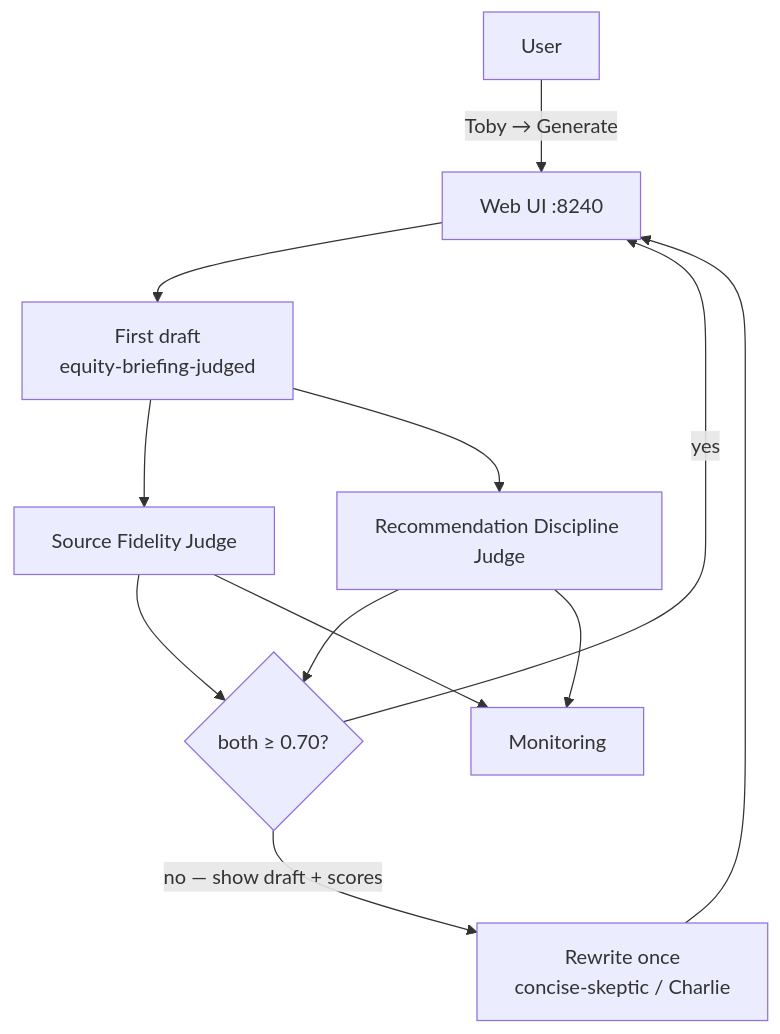
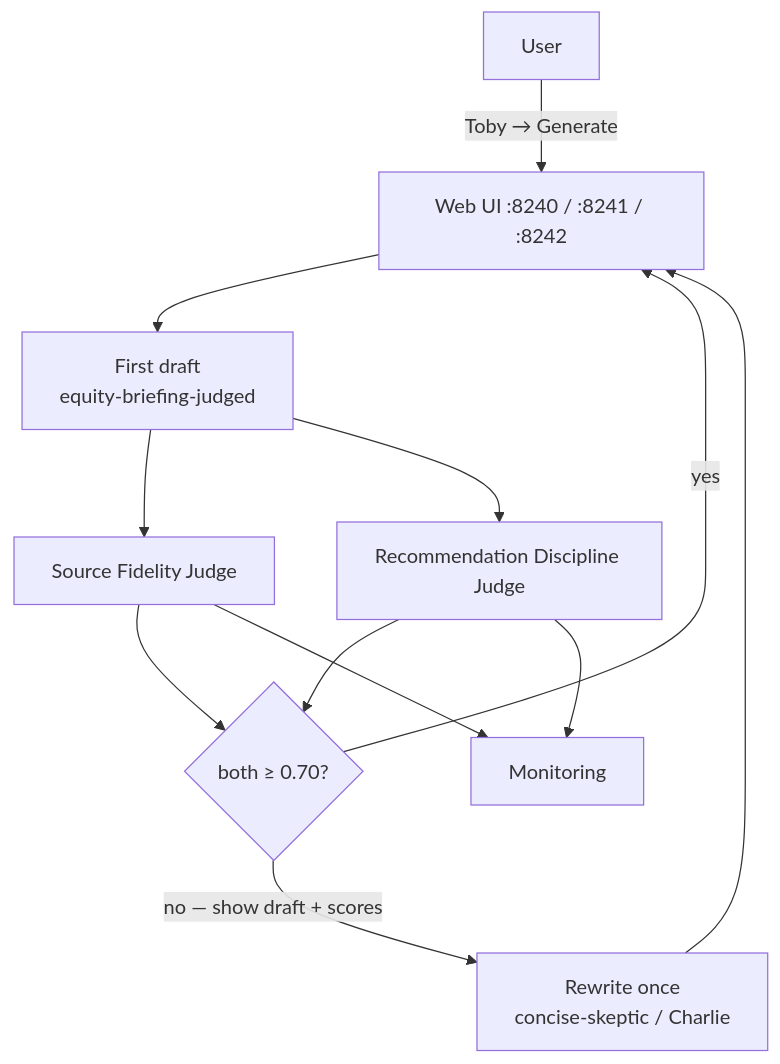
One commit to marcoman/lunch-marcoly changed the diagram in 20-agent-config/24-agent-judges/README.md. Above: the diagram before and after it, drawn with Mermaid. The commit also changed other lines of this file and 24 other files, not shown here.

````diff
--- a/20-agent-config/24-agent-judges/README.md
+++ b/20-agent-config/24-agent-judges/README.md
@@ -17,18 +17,18 @@
 ```mermaid
 flowchart TB
   User["User"]
-  UI["Web UI :8240"]
+  UI["Web UI :8240 / :8241 / :8242"]
   Draft["First draft<br/>equity-briefing-judged"]
   J1["Source Fidelity Judge"]
   J2["Recommendation Discipline Judge"]
   Gate{"both ≥ 0.70?"}
   Rewrite["Rewrite once<br/>concise-skeptic / Charlie"]
   Mon["Monitoring"]
 
   User -->|"Toby → Generate"| UI --> Draft
   Draft --> J1 & J2
   J1 & J2 --> Gate
   Gate -->|yes| UI
   Gate -->|no — show draft + scores| Rewrite --> UI
   J1 & J2 --> Mon
 ```
````
